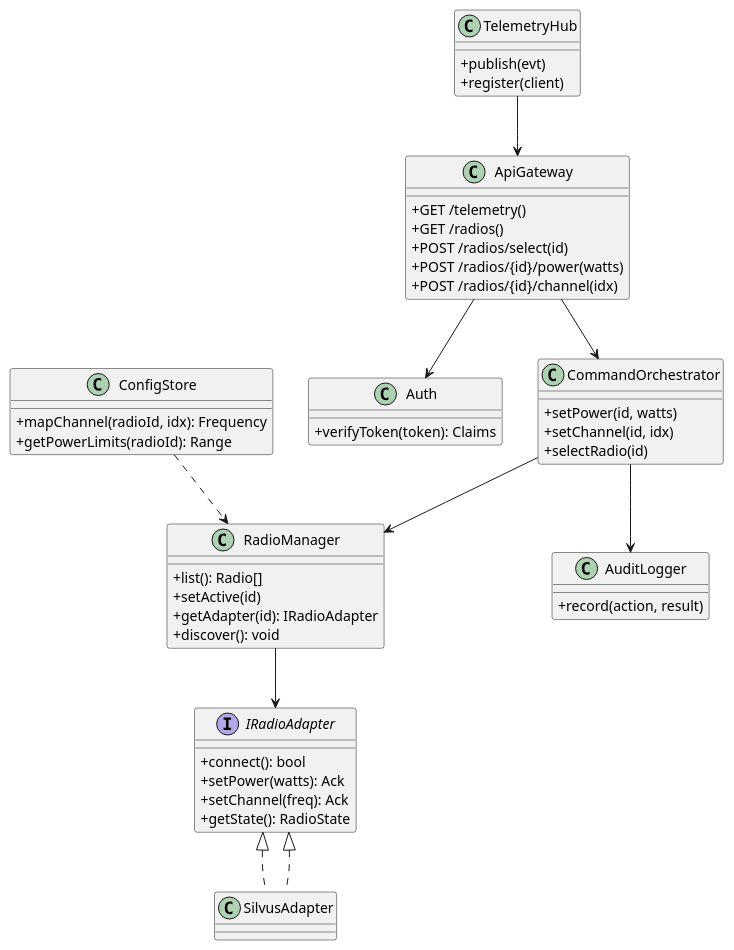
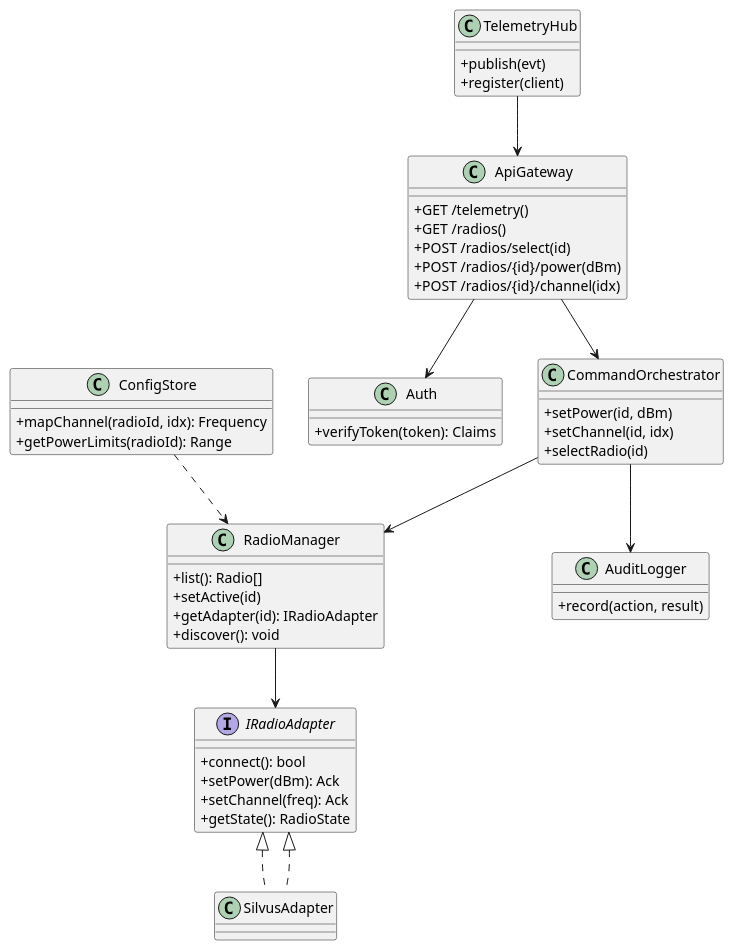
The third of 9 diagrams in RadioControlContainer/docs/radio_control_container_ieee_42010_arc_42_architecture_draft_v1.md (CarlosSprekelsen/CameraRecorder), drawn with PlantUML before and after one commit. The commit also changed 3 other files, not shown here.

````diff
--- a/RadioControlContainer/docs/radio_control_container_ieee_42010_arc_42_architecture_draft_v1.md
+++ b/RadioControlContainer/docs/radio_control_container_ieee_42010_arc_42_architecture_draft_v1.md
@@ -156,56 +156,56 @@
 ```plantuml
 @startuml
 skinparam shadowing false
 skinparam classAttributeIconSize 0
 
 class ApiGateway {
   +GET /telemetry()
   +GET /radios()
   +POST /radios/select(id)
-  +POST /radios/{id}/power(watts)
+  +POST /radios/{id}/power(dBm)
   +POST /radios/{id}/channel(idx)
 }
 class Auth {
   +verifyToken(token): Claims
 }
 class RadioManager {
   +list(): Radio[]
   +setActive(id)
   +getAdapter(id): IRadioAdapter
   +discover(): void
 }
 class CommandOrchestrator {
-  +setPower(id, watts)
+  +setPower(id, dBm)
   +setChannel(id, idx)
   +selectRadio(id)
 }
 class TelemetryHub {
   +publish(evt)
   +register(client)
 }
 class AuditLogger {
   +record(action, result)
 }
 class ConfigStore {
   +mapChannel(radioId, idx): Frequency
   +getPowerLimits(radioId): Range
 }
 
 interface IRadioAdapter {
   +connect(): bool
-  +setPower(watts): Ack
+  +setPower(dBm): Ack
   +setChannel(freq): Ack
   +getState(): RadioState
 }
 class SilvusAdapter implements IRadioAdapter
 
 ApiGateway --> Auth
 ApiGateway --> CommandOrchestrator
 CommandOrchestrator --> RadioManager
 CommandOrchestrator --> AuditLogger
 TelemetryHub --> ApiGateway
 RadioManager --> IRadioAdapter
 IRadioAdapter <|.. SilvusAdapter
 ConfigStore ..> RadioManager
 @enduml
 ```
````
